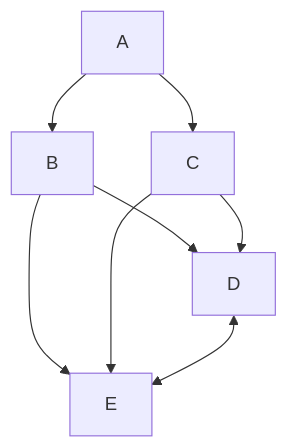
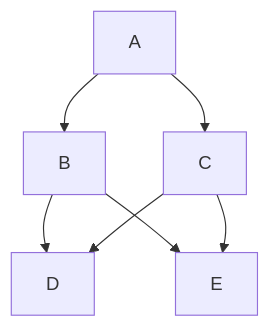
One commit to epretoriou-ercot/HelloWorld changed the diagram in README.md. Above: the diagram before and after it, drawn with Mermaid.

Commit message:
Removed a link from the README.md diagram

````diff
--- a/README.md
+++ b/README.md
@@ -22,10 +22,9 @@
 ```mermaid
 graph TD;
     A-->B;
     A-->C;
     B-->D;
     B-->E;
     C-->E;
     C-->D;
-    D<-->E;
 ```
````
